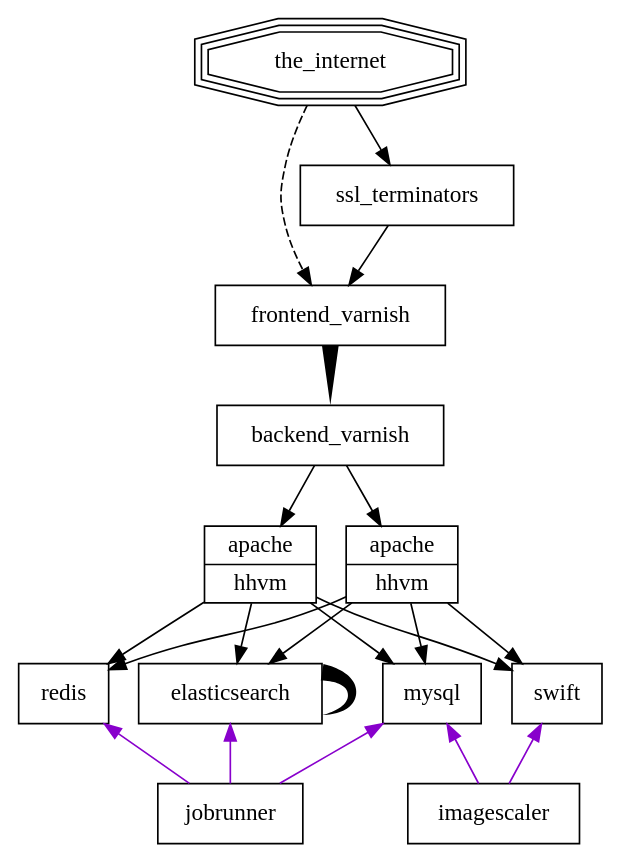
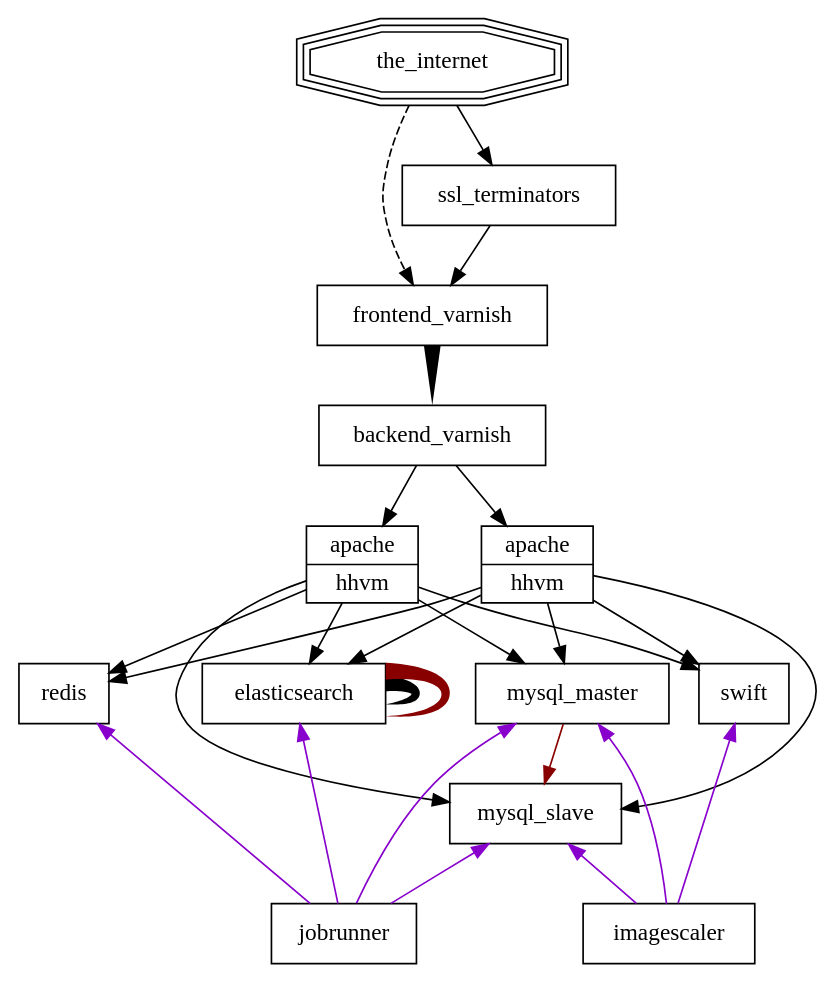
The diagram in diagram.dot (nik9000/wikimedia_diagram), drawn with Graphviz before and after one commit. The commit also changed 3 other files, not shown here.

```diff
--- a/diagram.dot
+++ b/diagram.dot
@@ -1,24 +1,35 @@
 digraph WMF {
   splines=true;
   sep = 1;
   node [shape=box];
   subgraph web_traffic {
     the_internet -> ssl_terminators;
     the_internet -> frontend_varnish [style=dashed];
     ssl_terminators -> frontend_varnish;
     frontend_varnish -> backend_varnish [style=tapered, penwidth=10, arrowhead=none];
     backend_varnish -> {web:apache, api:hhvm};
-    {web:hhvm, api:hhvm} -> {mysql, redis, elasticsearch, swift};
+    {web:hhvm, api:hhvm} -> {mysql_master, mysql_slave, redis, elasticsearch, swift};
     elasticsearch -> elasticsearch [style=tapered, penwidth=10, arrowhead=none];
   }
   subgraph jobs {
     // These arrows are reversed so dot will throw these nodes under the web_traffic ones
     edge [color="#8800cc", dir="back"]
-    {mysql, redis, elasticsearch} -> jobrunner;
-    {mysql, swift} -> imagescaler;
+    {mysql_master, mysql_slave, redis, elasticsearch} -> jobrunner;
+    {mysql_master, mysql_slave, swift} -> imagescaler;
+    /*
+     * While technically Elasticsearch does forward request to itself for jobs as well as web
+     * traffic, it makes the graph really hard to read when its on there so I've commented it
+     * out. Hopefully its still obvious.
+     */
+    // elasticsearch -> elasticsearch [dir="forward", style=tapered, penwidth=10, arrowhead=none];
+  }
+  subgraph replication {
+    edge [color="#880000"]
+    mysql_master -> mysql_slave;
+    elasticsearch -> elasticsearch [style=tapered, penwidth=10, arrowhead=none];
   }
 
   the_internet [shape=tripleoctagon];
   web [shape=record, label="{<apache>apache | <hhvm>hhvm}"]
   api [shape=record, label="{<apache>apache | <hhvm>hhvm}"]
 }
```
